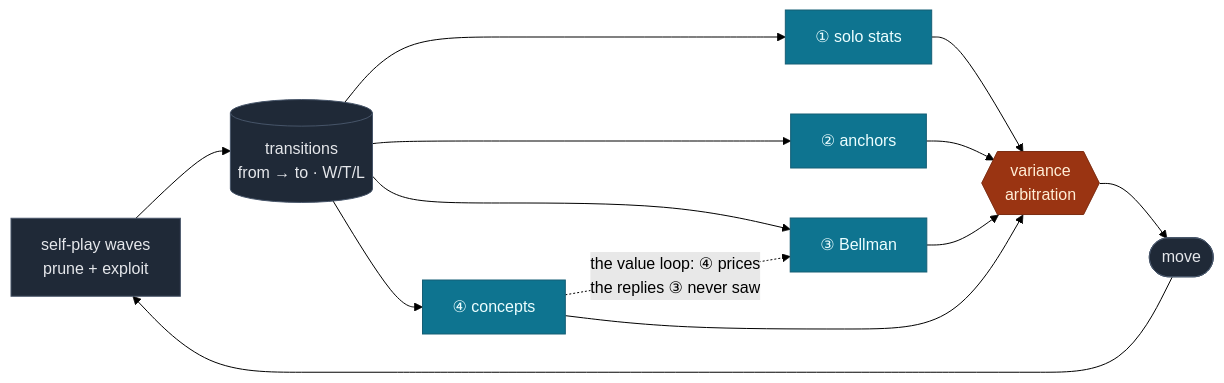
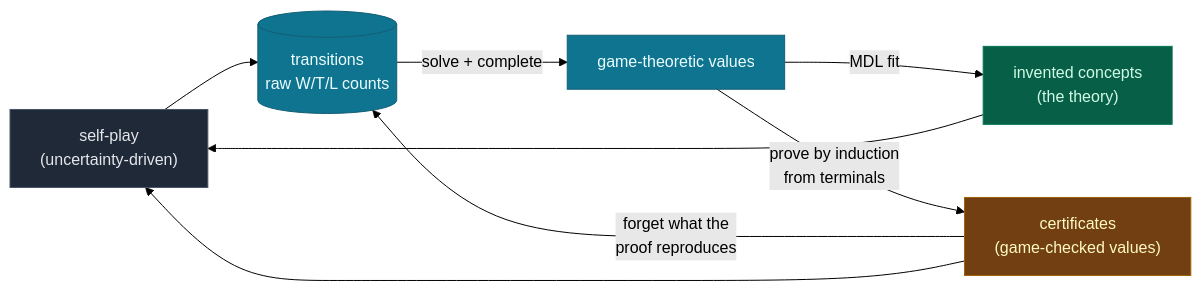
Before and after one commit to MatheweB/WiseExplorer: the second of 7 diagrams in README.md, drawn with Mermaid (forest theme). The commit also changed other lines of this file and 6 other files, not shown here.

First line of the commit message:
Rewrite docs around the invent → prove → forget paradigm

````diff
--- a/README.md
+++ b/README.md
@@ -87,21 +95,14 @@
 ```mermaid
 flowchart LR
-    classDef src fill:#1f2937,stroke:#475569,color:#e5e7eb
-    classDef sig fill:#0e7490,stroke:#155e75,color:#ecfeff
-    classDef arb fill:#9a3412,stroke:#7c2d12,color:#ffedd5
-    SP["self-play waves<br/>prune + exploit"] --> T[("transitions<br/>from → to · W/T/L")]
-    T --> S1["① solo stats"]
-    T --> S2["② anchors"]
-    T --> S3["③ Bellman"]
-    T --> S4["④ concepts"]
-    S4 -.->|"the value loop: ④ prices<br/>the replies ③ never saw"| S3
-    S1 --> V{{"variance<br/>arbitration"}}
-    S2 --> V
-    S3 --> V
-    S4 --> V
-    V --> M(["move"])
-    M --> SP
-    class SP,T,M src
-    class S1,S2,S3,S4 sig
-    class V arb
+    classDef play  fill:#1f2937,stroke:#475569,color:#e5e7eb
+    classDef db    fill:#0e7490,stroke:#155e75,color:#ecfeff
+    classDef think fill:#065f46,stroke:#047857,color:#d1fae5
+    classDef prove fill:#713f12,stroke:#a16207,color:#fef9c3
+    SP["self-play<br/>(uncertainty-driven)"]:::play --> T[("transitions<br/>raw W/T/L counts")]:::db
+    T -->|"solve + complete"| V["game-theoretic values"]:::db
+    V -->|"MDL fit"| R["invented concepts<br/>(the theory)"]:::think
+    V -->|"prove by induction<br/>from terminals"| C["certificates<br/>(game-checked values)"]:::prove
+    C -->|"forget what the<br/>proof reproduces"| T
+    R --> SP
+    C --> SP
 ```
````
